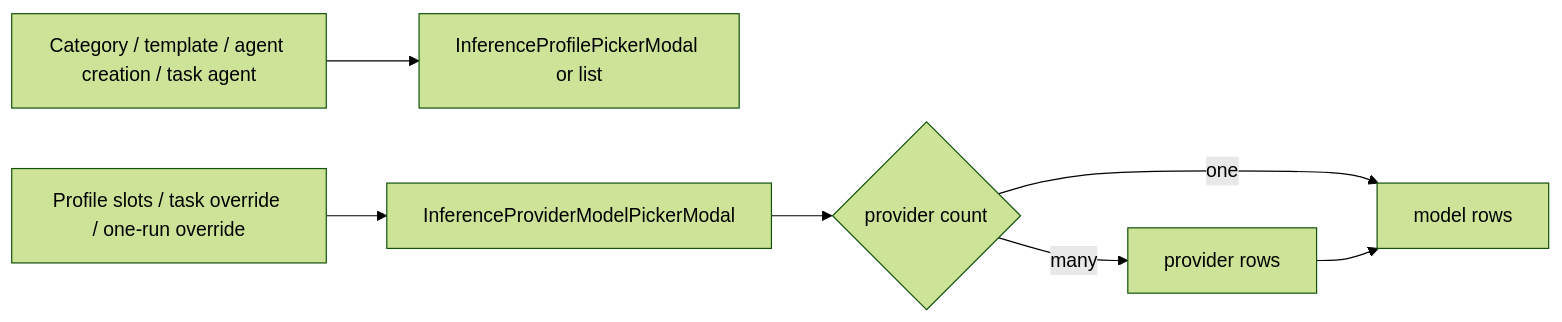
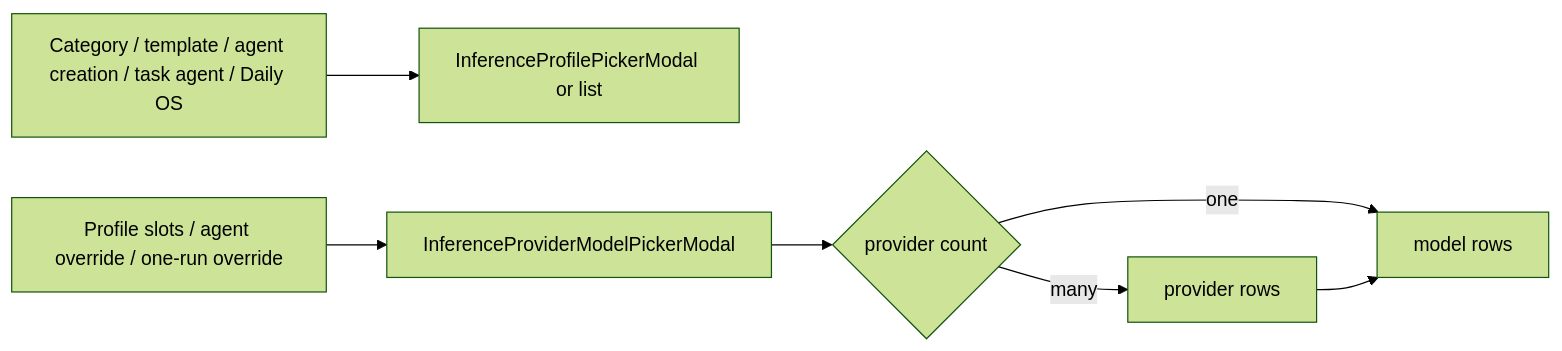
Before and after one commit to matthiasn/lotti: the second of 14 diagrams in lib/features/ai/README.md, drawn with Mermaid (forest theme). The commit also changed other lines of this file and 51 other files, not shown here.

Commit message:
feat: add Daily OS inference selection (#3455)

````diff
--- a/lib/features/ai/README.md
+++ b/lib/features/ai/README.md
@@ -71,9 +76,9 @@
 ```mermaid
 flowchart LR
-  Profiles["Category / template / agent creation / task agent"] --> ProfilePicker["InferenceProfilePickerModal or list"]
-  Slots["Profile slots / task override / one-run override"] --> ModelPicker["InferenceProviderModelPickerModal"]
+  Profiles["Category / template / agent creation / task agent / Daily OS"] --> ProfilePicker["InferenceProfilePickerModal or list"]
+  Slots["Profile slots / agent override / one-run override"] --> ModelPicker["InferenceProviderModelPickerModal"]
   ModelPicker --> Providers{"provider count"}
   Providers -->|one| Models["model rows"]
   Providers -->|many| ProviderRows["provider rows"]
   ProviderRows --> Models
 ```
````
